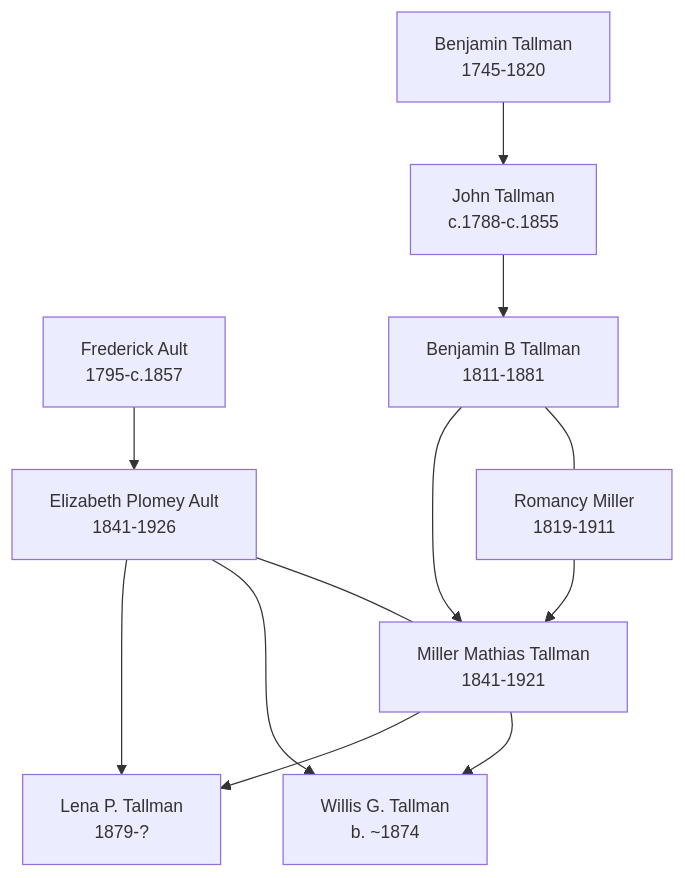
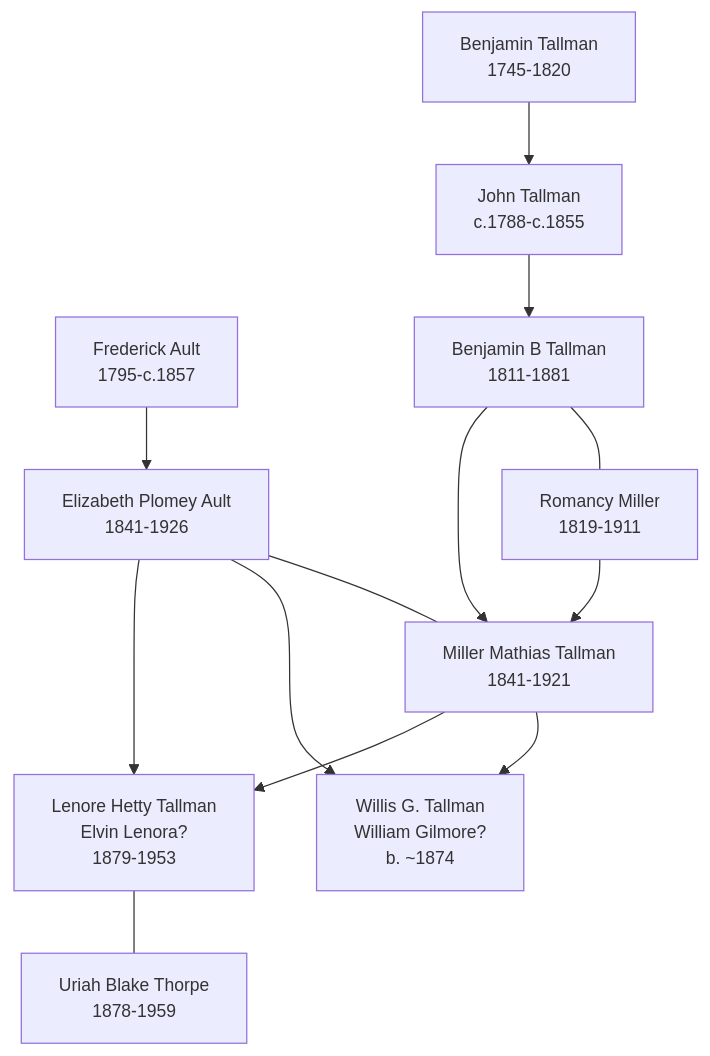
The diagram in Topics/Ault Tallman Branch Summary.md (zcopley/thorpe-family-research), drawn with Mermaid before and after one commit. The commit also changed other lines of this file and 13 other files, not shown here.

````diff
--- a/Topics/Ault Tallman Branch Summary.md
+++ b/Topics/Ault Tallman Branch Summary.md
@@ -16,25 +16,27 @@
 ```mermaid
 %%{init: {'flowchart': {'htmlLabels': true}, 'theme': 'default', 'themeVariables': {'primaryTextColor': '#000000', 'primaryBorderColor': '#333333', 'lineColor': '#333333', 'fontSize': '14px'}}}%%
 graph TD
   FA["Frederick Ault<br/>1795-c.1857"]
   EPA["Elizabeth Plomey Ault<br/>1841-1926"]
   MMT["Miller Mathias Tallman<br/>1841-1921"]
   B1745["Benjamin Tallman<br/>1745-1820"]
   JT["John Tallman<br/>c.1788-c.1855"]
   BT["Benjamin B Tallman<br/>1811-1881"]
   RM["Romancy Miller<br/>1819-1911"]
-  WG["Willis G. Tallman<br/>b. ~1874"]
-  LT["Lena P. Tallman<br/>1879-?"]
+  WG["Willis G. Tallman<br/>William Gilmore?<br/>b. ~1874"]
+  LT["Lenore Hetty Tallman<br/>Elvin Lenora?<br/>1879-1953"]
+  UBT["Uriah Blake Thorpe<br/>1878-1959"]
 
   FA --> EPA
   EPA --- MMT
   MMT --> WG
   MMT --> LT
   EPA --> WG
   EPA --> LT
+  LT --- UBT
   B1745 --> JT
   JT --> BT
   BT --- RM
   BT --> MMT
   RM --> MMT
 ```
````
